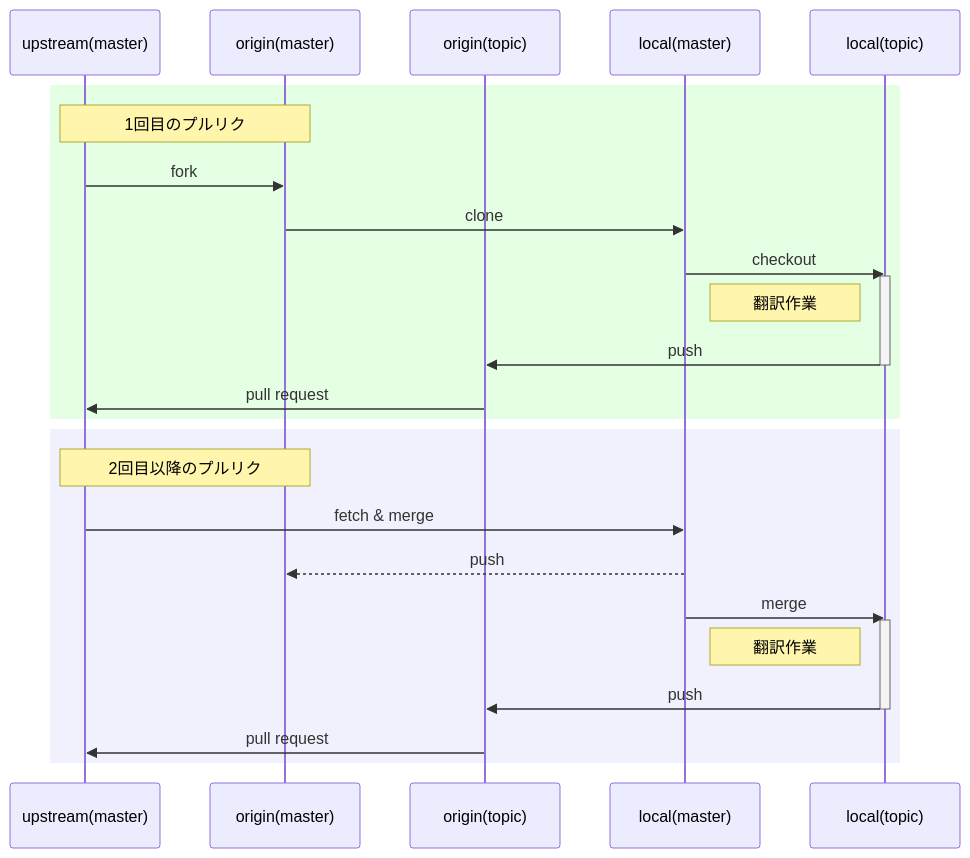
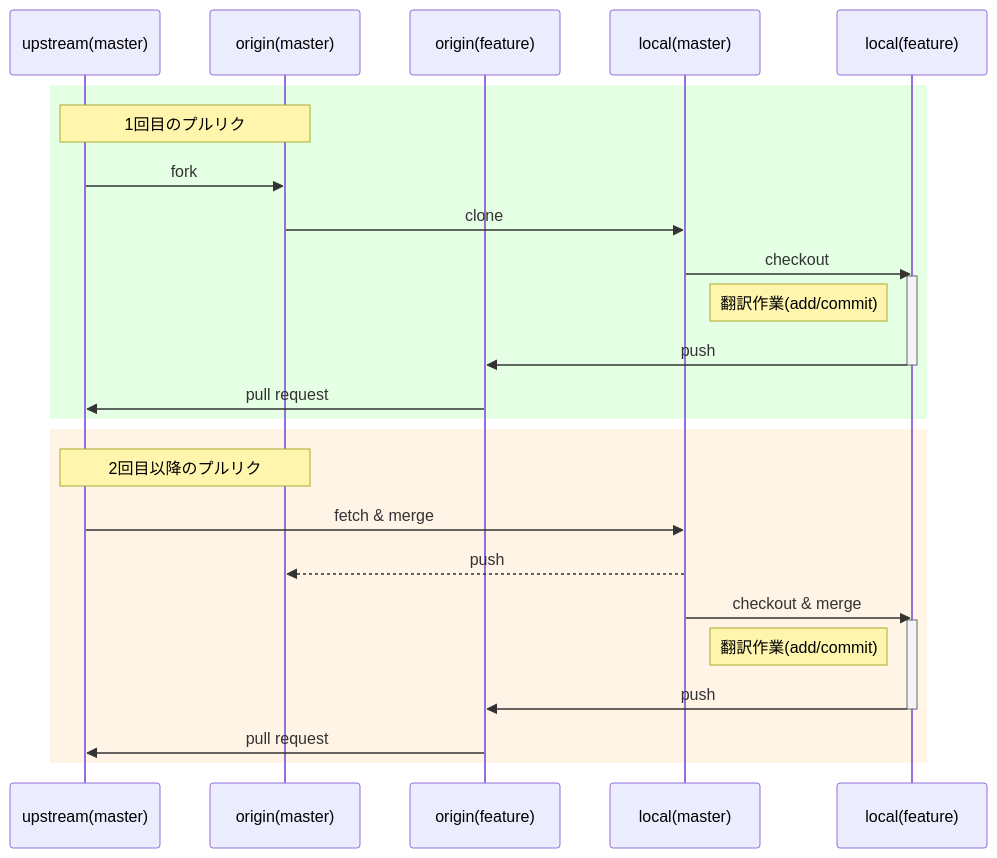
One commit to yo-goto/zenn-public-repo changed the tenth of 10 diagrams in articles/translate-with-gitandgithub.md. Above: the diagram before and after it, drawn with Mermaid. The commit also changed other lines of this file, not shown here.

````diff
--- a/articles/translate-with-gitandgithub.md
+++ b/articles/translate-with-gitandgithub.md
@@ -726,30 +729,30 @@
 ```mermaid
 sequenceDiagram
 	participant A as upstream(master)
 	participant B as origin(master)
-	participant C as origin(topic)
+	participant C as origin(feature)
 	participant D as local(master)
-	participant E as local(topic)
+	participant E as local(feature)
 	rect rgba(0, 255, 0, .1)
 		Note over A,B: 1回目のプルリク
 		A->>B: fork
 		B->>D: clone
 		D->>E: checkout
 		activate E
-		Note left of E: 翻訳作業
+		Note left of E: 翻訳作業(add/commit)
 		E->>C: push
 		deactivate E
 		C->>A: pull request
 	end
-	rect rgba(120, 120, 240, .1)
+	rect rgba(250, 150, 10, .1)
 		Note over A,B: 2回目以降のプルリク
 		A->>D: fetch & merge
 		D-->>B: push
-		D->>E: merge
+		D->>E: checkout & merge
 		activate E
-		Note left of E: 翻訳作業
+		Note left of E: 翻訳作業(add/commit)
 		E->>C: push
 		deactivate E
 		C->>A: pull request
 	end
 ```
````
